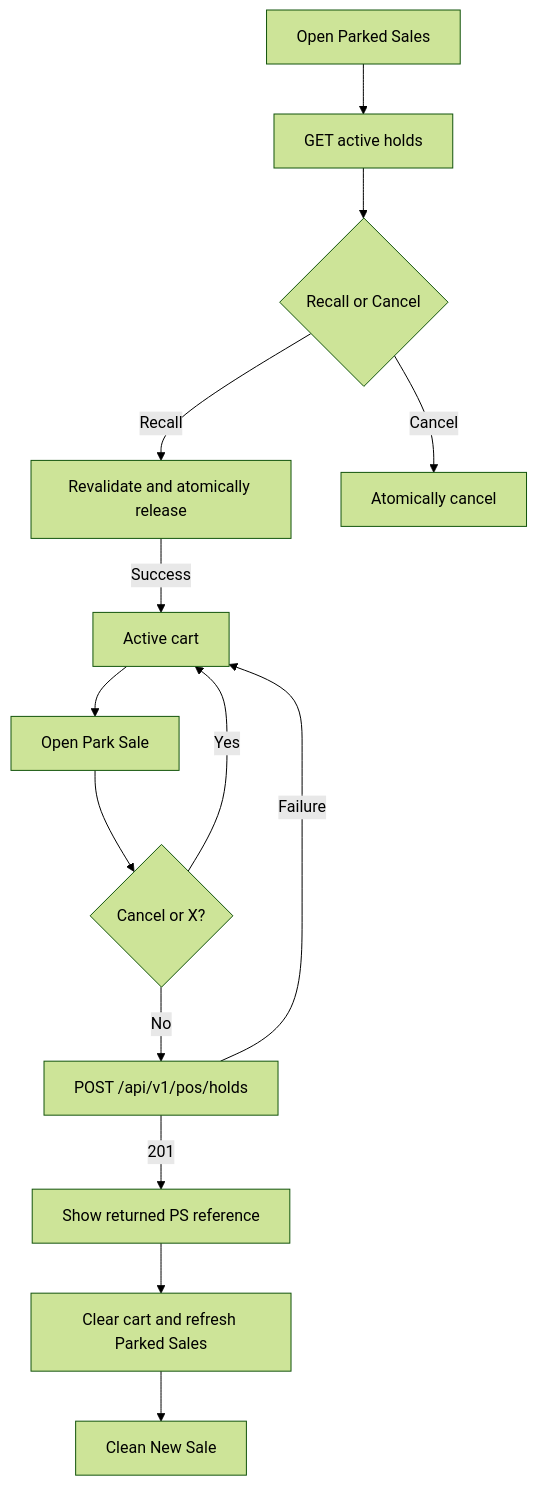
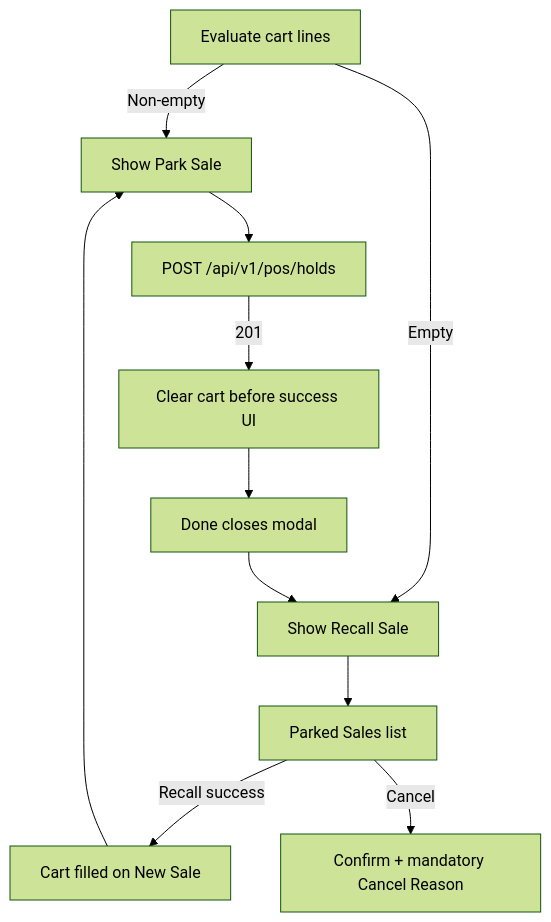
Before and after one commit to unicomproject/Pos-system-Knowledge: the diagram in 03_USER_JOURNEYS/Cashier/12_Park_Recall_Sale_Flow.md, drawn with Mermaid (forest theme). The commit also changed other lines of this file and 20 other files, not shown here.

Commit message:
Park and Recall Full Complete

````diff
--- a/03_USER_JOURNEYS/Cashier/12_Park_Recall_Sale_Flow.md
+++ b/03_USER_JOURNEYS/Cashier/12_Park_Recall_Sale_Flow.md
@@ -41,16 +93,13 @@
 ```mermaid
 flowchart TD
-  A[Active cart] --> B[Open Park Sale]
-  B --> C{Cancel or X?}
-  C -->|Yes| A
-  C -->|No| D[POST /api/v1/pos/holds]
-  D -->|Failure| A
-  D -->|201| E[Show returned PS reference]
-  E --> F[Clear cart and refresh Parked Sales]
-  F --> G[Clean New Sale]
-  H[Open Parked Sales] --> I[GET active holds]
-  I --> J{Recall or Cancel}
-  J -->|Recall| K[Revalidate and atomically release]
-  K -->|Success| A
-  J -->|Cancel| L[Atomically cancel]
+  A[Evaluate cart lines] -->|Non-empty| B[Show Park Sale]
+  A -->|Empty| C[Show Recall Sale]
+  B --> D[POST /api/v1/pos/holds]
+  D -->|201| E[Clear cart before success UI]
+  E --> F[Done closes modal]
+  F --> C
+  C --> G[Parked Sales list]
+  G -->|Recall success| H[Cart filled on New Sale]
+  H --> B
+  G -->|Cancel| I[Confirm + mandatory Cancel Reason]
 ```
````
